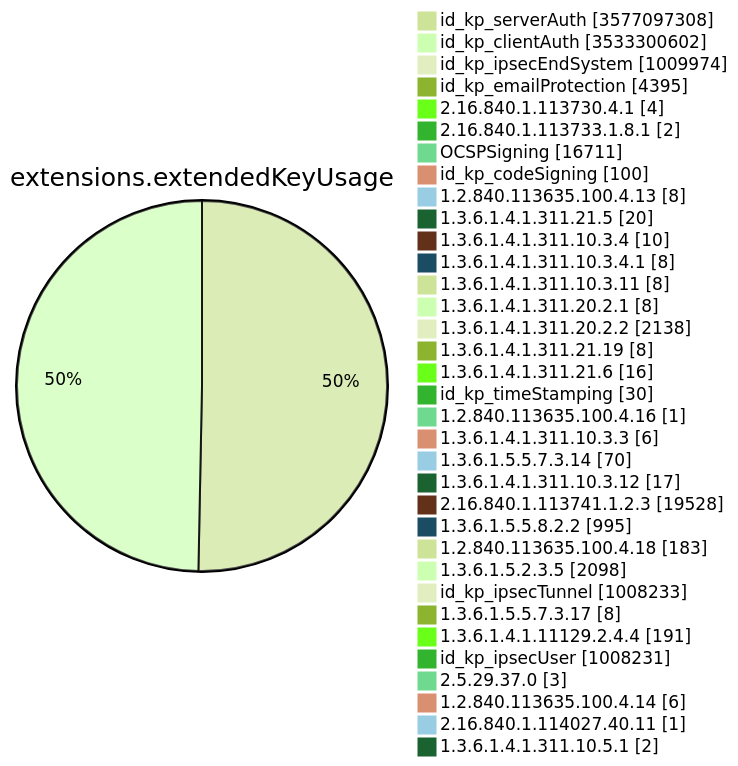
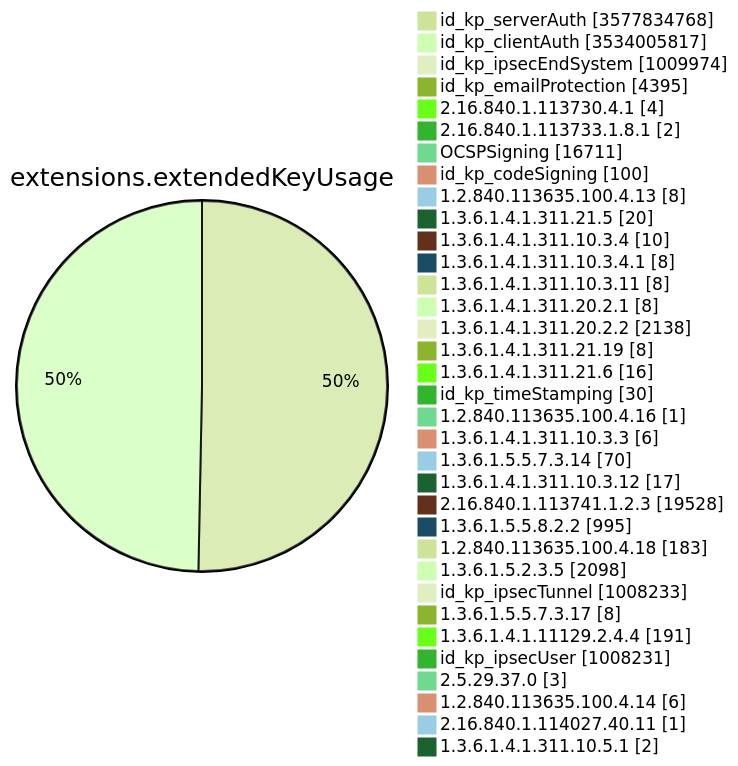
One commit to christiankrug/ctmonitor_visualization changed diagram 11 of 15 in TOTAL/README.md. Above: the diagram before and after it, drawn with Mermaid (forest theme). The commit also changed other lines of this file, not shown here.

````diff
--- a/TOTAL/README.md
+++ b/TOTAL/README.md
@@ -4128,38 +4128,38 @@
 ```mermaid
 pie showData
 title extensions.extendedKeyUsage
-"id_kp_serverAuth" :3577097308
-"id_kp_clientAuth" :3533300602
+"id_kp_serverAuth" :3577834768
+"id_kp_clientAuth" :3534005817
 "id_kp_ipsecEndSystem" :1009974
 "id_kp_emailProtection" :4395
 "2.16.840.1.113730.4.1" :4
 "2.16.840.1.113733.1.8.1" :2
 "OCSPSigning" :16711
 "id_kp_codeSigning" :100
 "1.2.840.113635.100.4.13" :8
 "1.3.6.1.4.1.311.21.5" :20
 "1.3.6.1.4.1.311.10.3.4" :10
 "1.3.6.1.4.1.311.10.3.4.1" :8
 "1.3.6.1.4.1.311.10.3.11" :8
 "1.3.6.1.4.1.311.20.2.1" :8
 "1.3.6.1.4.1.311.20.2.2" :2138
 "1.3.6.1.4.1.311.21.19" :8
 "1.3.6.1.4.1.311.21.6" :16
 "id_kp_timeStamping" :30
 "1.2.840.113635.100.4.16" :1
 "1.3.6.1.4.1.311.10.3.3" :6
 "1.3.6.1.5.5.7.3.14" :70
 "1.3.6.1.4.1.311.10.3.12" :17
 "2.16.840.1.113741.1.2.3" :19528
 "1.3.6.1.5.5.8.2.2" :995
 "1.2.840.113635.100.4.18" :183
 "1.3.6.1.5.2.3.5" :2098
 "id_kp_ipsecTunnel" :1008233
 "1.3.6.1.5.5.7.3.17" :8
 "1.3.6.1.4.1.11129.2.4.4" :191
 "id_kp_ipsecUser" :1008231
 "2.5.29.37.0" :3
 "1.2.840.113635.100.4.14" :6
 "2.16.840.1.114027.40.11" :1
 "1.3.6.1.4.1.311.10.5.1" :2
 ```
````
